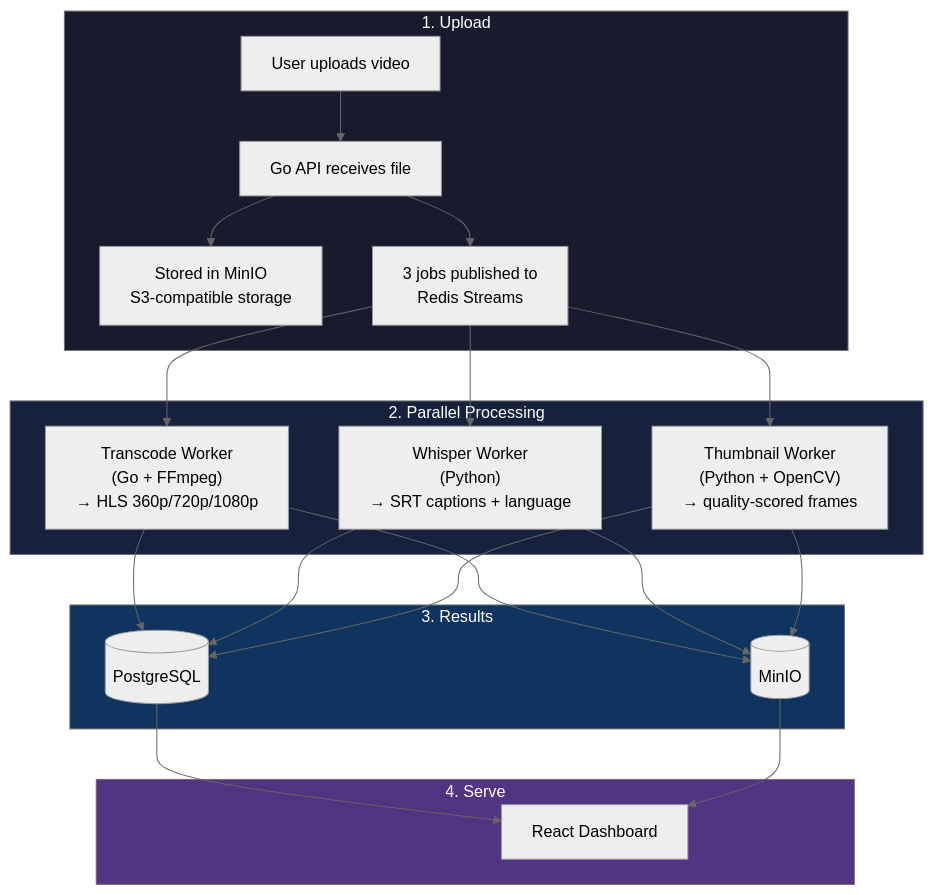
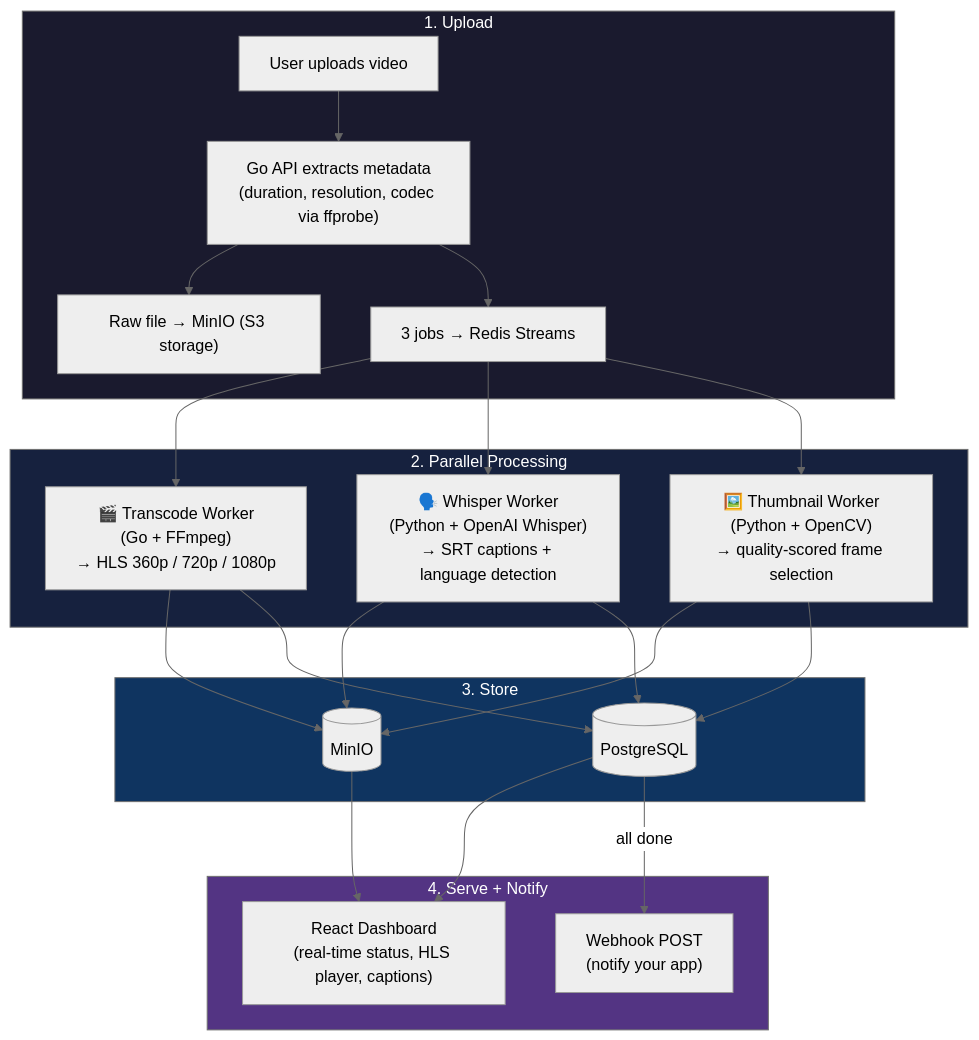
Before and after one commit to Nixxx19/vidpipe: the first of 2 diagrams in README.md, drawn with Mermaid (neutral theme). The commit also changed other lines of this file and 6 other files, not shown here.

````diff
--- a/README.md
+++ b/README.md
@@ -18,33 +21,34 @@
 ```mermaid
 flowchart TB
     subgraph upload["1. Upload"]
-        A[User uploads video] --> B[Go API receives file]
-        B --> C[Stored in MinIO<br/>S3-compatible storage]
-        B --> D[3 jobs published to<br/>Redis Streams]
+        A["User uploads video"] --> B["Go API extracts metadata<br/>(duration, resolution, codec via ffprobe)"]
+        B --> C["Raw file → MinIO (S3 storage)"]
+        B --> D["3 jobs → Redis Streams"]
     end
 
     subgraph processing["2. Parallel Processing"]
-        D --> E["Transcode Worker<br/>(Go + FFmpeg)<br/>→ HLS 360p/720p/1080p"]
-        D --> F["Whisper Worker<br/>(Python)<br/>→ SRT captions + language"]
-        D --> G["Thumbnail Worker<br/>(Python + OpenCV)<br/>→ quality-scored frames"]
+        D --> E["🎬 Transcode Worker<br/>(Go + FFmpeg)<br/>→ HLS 360p / 720p / 1080p"]
+        D --> F["🗣️ Whisper Worker<br/>(Python + OpenAI Whisper)<br/>→ SRT captions + language detection"]
+        D --> G["🖼️ Thumbnail Worker<br/>(Python + OpenCV)<br/>→ quality-scored frame selection"]
     end
 
-    subgraph storage["3. Results"]
+    subgraph results["3. Store"]
         E --> H[(MinIO)]
         F --> H
         G --> H
         E --> I[(PostgreSQL)]
         F --> I
         G --> I
     end
 
-    subgraph serve["4. Serve"]
-        I --> J[React Dashboard]
+    subgraph serve["4. Serve + Notify"]
+        I --> J["React Dashboard<br/>(real-time status, HLS player, captions)"]
         H --> J
+        I -->|all done| K["Webhook POST<br/>(notify your app)"]
     end
 
     style upload fill:#1a1a2e,color:#fff
     style processing fill:#16213e,color:#fff
-    style storage fill:#0f3460,color:#fff
+    style results fill:#0f3460,color:#fff
     style serve fill:#533483,color:#fff
 ```
````
